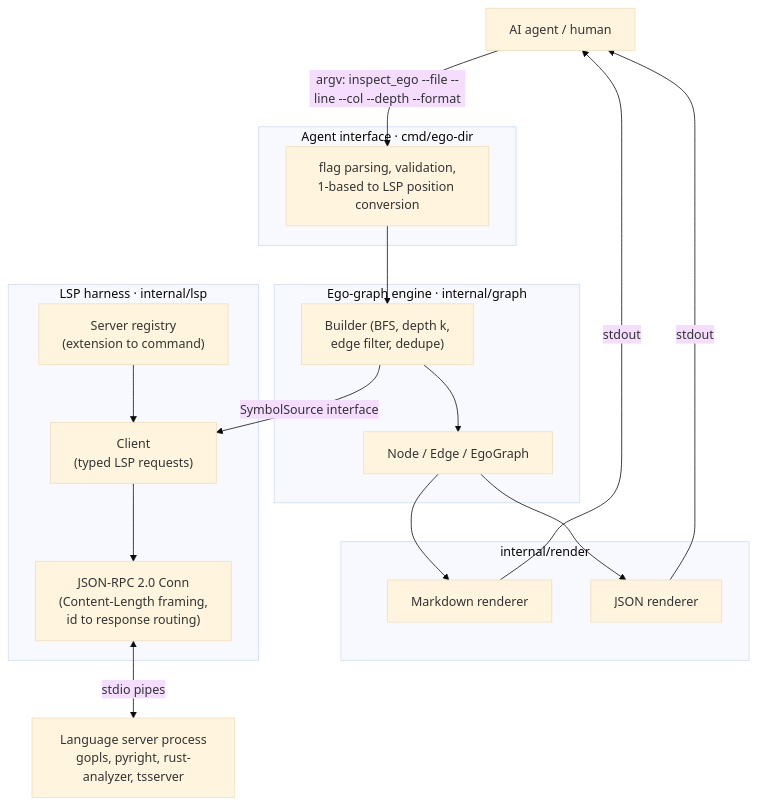
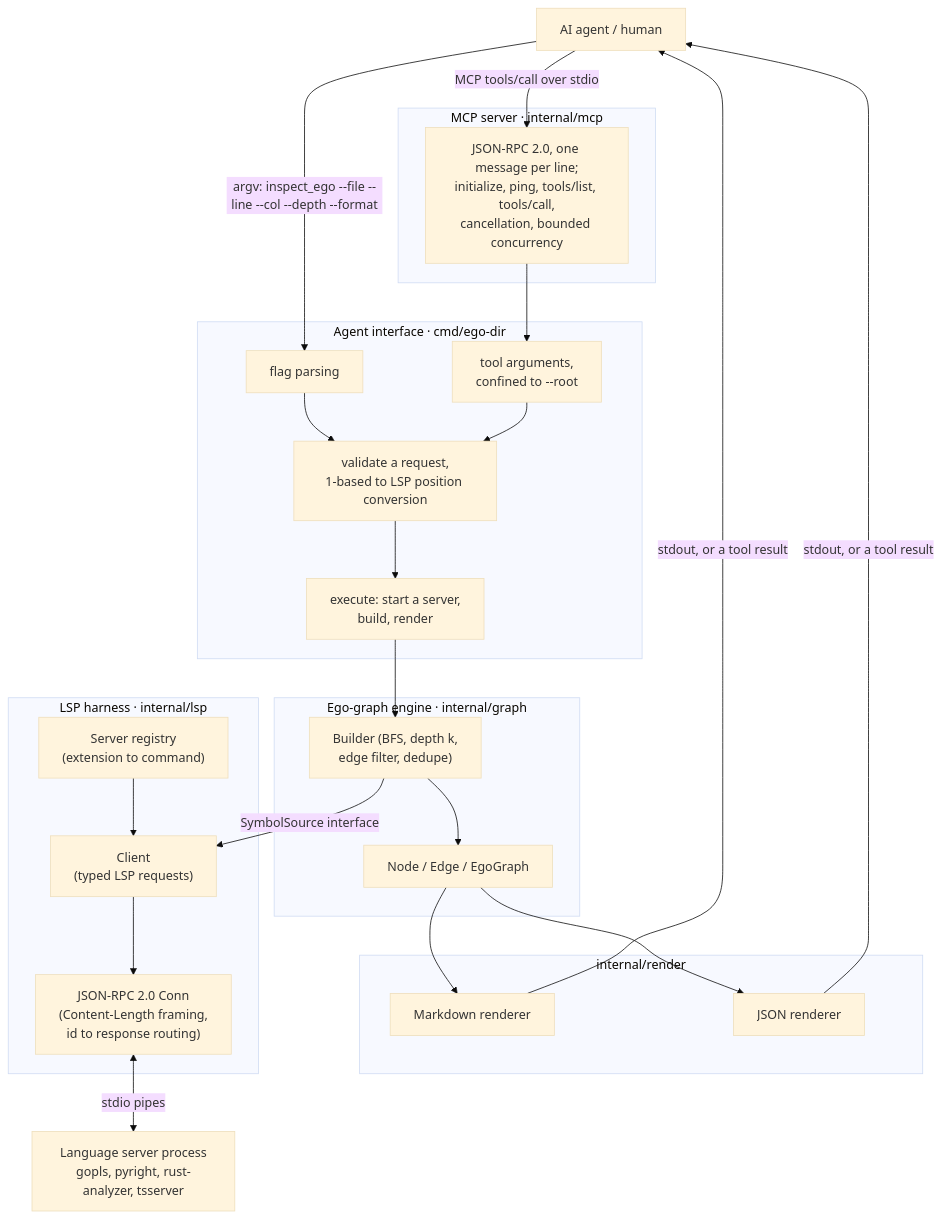
One commit to Duara-Cortex/ego-dir changed the first of 3 diagrams in docs/ARCHITECTURE.md. Above: the diagram before and after it, drawn with Mermaid (base theme). The commit also changed other lines of this file and 10 other files, not shown here.

First line of the commit message:
feat: Implement MCP server and agent tools

````diff
--- a/docs/ARCHITECTURE.md
+++ b/docs/ARCHITECTURE.md
@@ -5,32 +5,44 @@
 ```mermaid
 flowchart TB
     Agent["AI agent / human"] -->|"argv: inspect_ego --file --line --col --depth --format"| CLI
+    Agent -->|"MCP tools/call over stdio"| MCP
+
+    subgraph Protocol["MCP server · internal/mcp"]
+        MCP["JSON-RPC 2.0, one message per line;<br/>initialize, ping, tools/list, tools/call,<br/>cancellation, bounded concurrency"]
+    end
 
     subgraph Interface["Agent interface · cmd/ego-dir"]
-        CLI["flag parsing, validation,<br/>1-based to LSP position conversion"]
+        CLI["flag parsing"]
+        Tools["tool arguments,<br/>confined to --root"]
+        Validate["validate a request,<br/>1-based to LSP position conversion"]
+        Execute["execute: start a server,<br/>build, render"]
+        CLI --> Validate
+        Tools --> Validate
+        Validate --> Execute
     end
+    MCP --> Tools
 
     subgraph Engine["Ego-graph engine · internal/graph"]
         Builder["Builder (BFS, depth k,<br/>edge filter, dedupe)"]
         Model["Node / Edge / EgoGraph"]
         Builder --> Model
     end
 
     subgraph Render["internal/render"]
         MD["Markdown renderer"]
         JSON["JSON renderer"]
     end
 
     subgraph Harness["LSP harness · internal/lsp"]
         Registry["Server registry<br/>(extension to command)"]
         Client["Client<br/>(typed LSP requests)"]
         Conn["JSON-RPC 2.0 Conn<br/>(Content-Length framing,<br/>id to response routing)"]
         Registry --> Client --> Conn
     end
 
-    CLI --> Builder
+    Execute --> Builder
     Builder -->|"SymbolSource interface"| Client
     Model --> MD & JSON
-    MD & JSON -->|stdout| Agent
+    MD & JSON -->|"stdout, or a tool result"| Agent
     Conn <-->|"stdio pipes"| LS["Language server process<br/>gopls, pyright, rust-analyzer, tsserver"]
 ```
````
